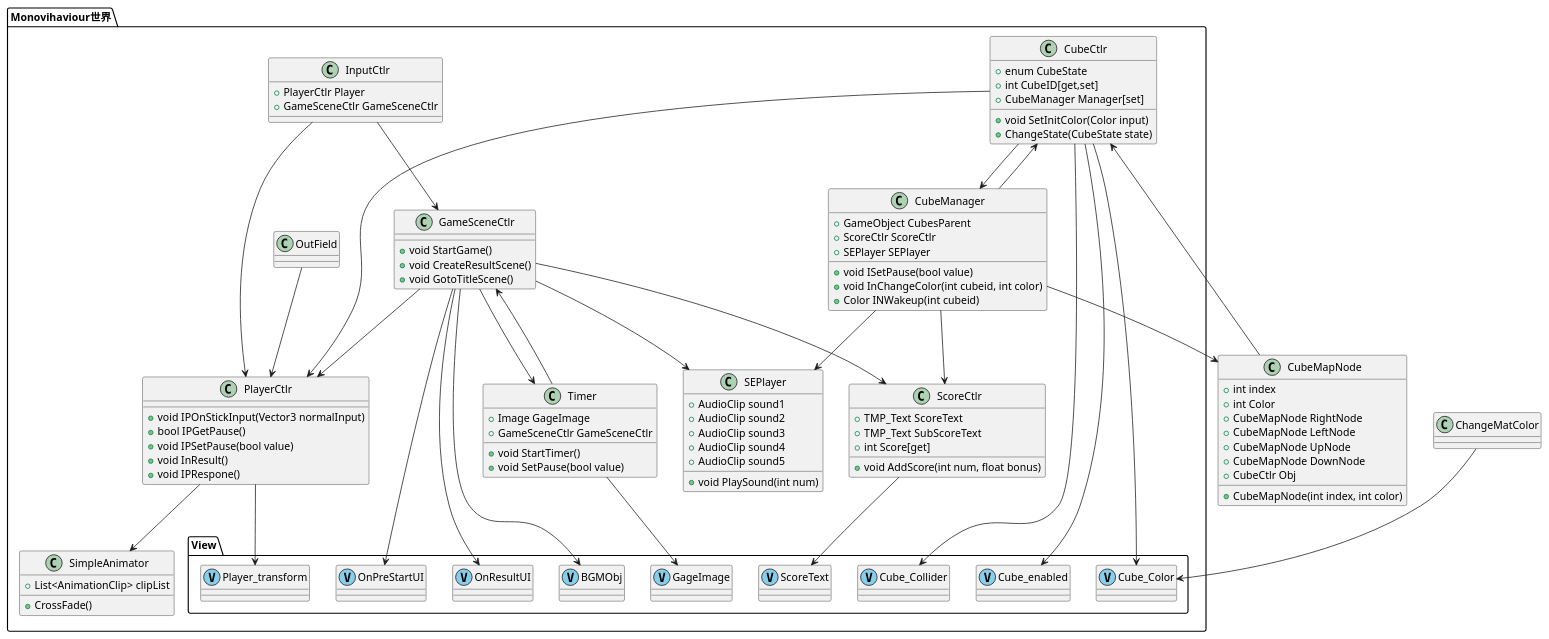
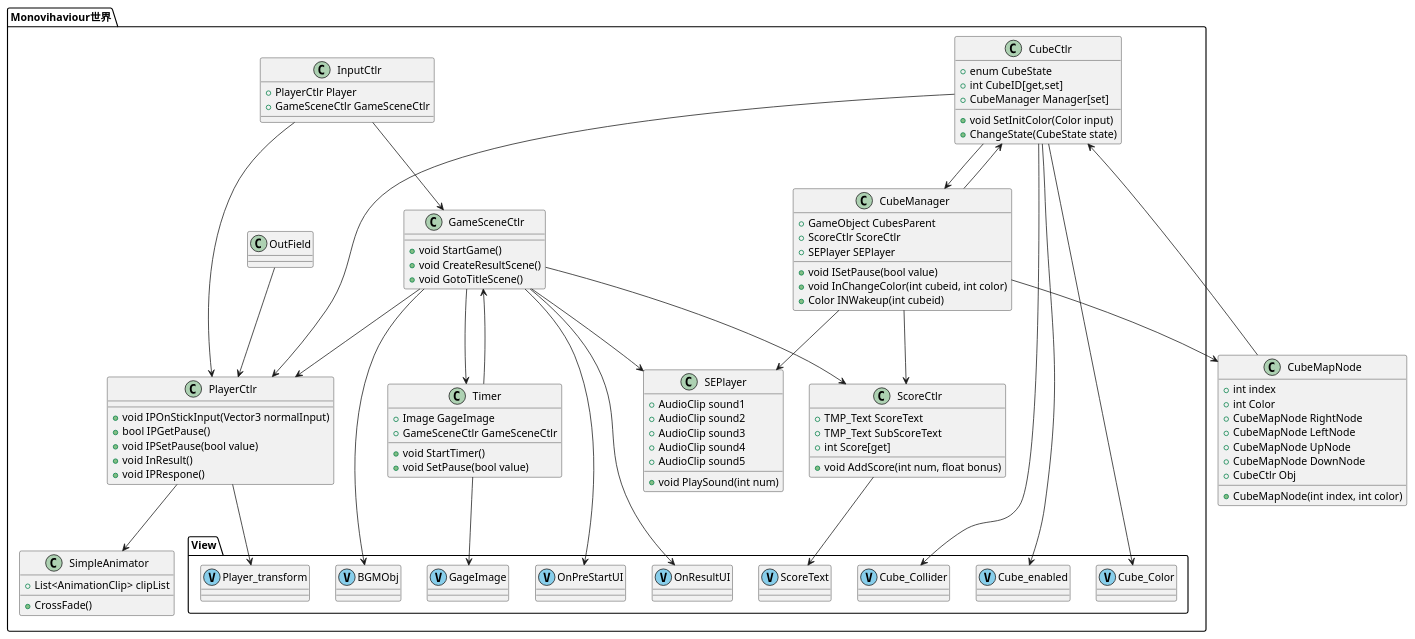
Before and after one commit to shakushi/fall_blocks_scripts: the diagram in PlantUML/u1w_202012.pu, drawn with PlantUML.

Commit message:
Remove unused class

```diff
--- a/PlantUML/u1w_202012.pu
+++ b/PlantUML/u1w_202012.pu
@@ -1,147 +1,145 @@
 @startuml u1w-design
 
 package Monovihaviour世界
 {
 class CubeCtlr
 {
     +enum CubeState
     +void SetInitColor(Color input)
     +ChangeState(CubeState state)
     +int CubeID[get,set]
     +CubeManager Manager[set]
 }
 
 class CubeManager
 {
     +void ISetPause(bool value)
     +void InChangeColor(int cubeid, int color)
     +Color INWakeup(int cubeid)
     +GameObject CubesParent
     +ScoreCtlr ScoreCtlr
     +SEPlayer SEPlayer
 }
 
 class GameSceneCtlr
 {
     +void StartGame()
     +void CreateResultScene()
     +void GotoTitleScene()
 }
 
 class InputCtlr
 {
     +PlayerCtlr Player
     +GameSceneCtlr GameSceneCtlr
 }
 
 class OutField
 
 class PlayerCtlr
 {
     +void IPOnStickInput(Vector3 normalInput)
     +bool IPGetPause()
     +void IPSetPause(bool value)
     +void InResult()
     +void IPRespone()
 }
 
 class ScoreCtlr
 {
     +void AddScore(int num, float bonus)
     +TMP_Text ScoreText
     +TMP_Text SubScoreText
     +int Score[get]
 }
 
 class SEPlayer
 {
     +void PlaySound(int num)
     +AudioClip sound1
     +AudioClip sound2
     +AudioClip sound3
     +AudioClip sound4
     +AudioClip sound5
 }
 
 class SimpleAnimator
 {
     +CrossFade()
     +List<AnimationClip> clipList
 }
 
 class Timer
 {
     +void StartTimer()
     +void SetPause(bool value)
     +Image GageImage
     +GameSceneCtlr GameSceneCtlr
 }
 
 'class TitleAnimation
 'class TitleSceneCtlr
 '{
 '    +void GoToGameMain()
 '}
 package View
 {
 class Player_transform << (V,SkyBlue) >>
 class ScoreText << (V,SkyBlue) >>
 class Cube_Color << (V,SkyBlue) >>
 class Cube_Collider << (V,SkyBlue) >>
 class Cube_enabled << (V,SkyBlue) >>
 class OnPreStartUI << (V,SkyBlue) >>
 class OnResultUI << (V,SkyBlue) >>
 class BGMObj << (V,SkyBlue) >>
 class GageImage << (V,SkyBlue) >>
 }
 }
 
 class CubeMapNode
 {
     +CubeMapNode(int index, int color)
     +int index
     +int Color
     +CubeMapNode RightNode
     +CubeMapNode LeftNode
     +CubeMapNode UpNode
     +CubeMapNode DownNode
     +CubeCtlr Obj
 }
 
-ChangeMatColor --> Cube_Color
-
 CubeCtlr --> Cube_Color
 CubeCtlr --> Cube_Collider
 CubeCtlr --> Cube_enabled
 CubeCtlr --> CubeManager
 CubeCtlr --> PlayerCtlr
 
 CubeManager --> ScoreCtlr
 CubeManager --> SEPlayer
 CubeManager --> CubeMapNode
 CubeManager --> CubeCtlr
 
 CubeMapNode --> CubeCtlr
 
 GameSceneCtlr --> PlayerCtlr
 GameSceneCtlr --> Timer
 GameSceneCtlr --> ScoreCtlr
 GameSceneCtlr --> OnPreStartUI
 GameSceneCtlr --> OnResultUI
 GameSceneCtlr --> SEPlayer
 GameSceneCtlr --> BGMObj
 
 InputCtlr --> GameSceneCtlr
 InputCtlr --> PlayerCtlr
 
 OutField --> PlayerCtlr
 
 PlayerCtlr --> SimpleAnimator
 PlayerCtlr --> Player_transform
 
 ScoreCtlr --> ScoreText
 
 Timer --> GageImage
 Timer --> GameSceneCtlr
 
 @enduml
```
